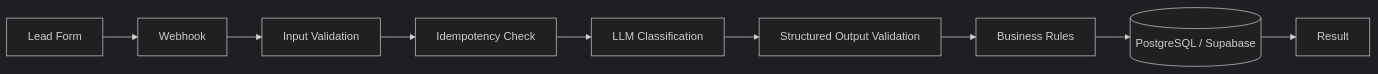
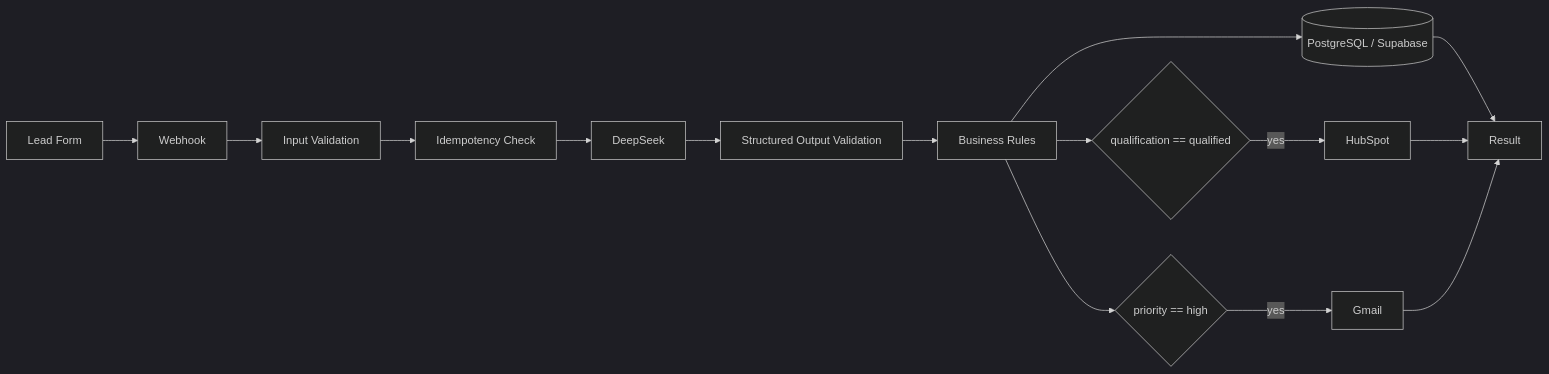
The second of 2 diagrams in README.md (paulohenrique-dev-br/ai-lead-qualification-automation), drawn with Mermaid (dark theme) before and after one commit. The commit also changed other lines of this file and 11 other files, not shown here.

````diff
--- a/README.md
+++ b/README.md
@@ -43,11 +49,17 @@
 ```mermaid
 flowchart LR
     Form[Lead Form] --> Webhook[Webhook]
     Webhook --> Validate[Input Validation]
     Validate --> Duplicate[Idempotency Check]
-    Duplicate --> LLM[LLM Classification]
+    Duplicate --> LLM[DeepSeek]
     LLM --> Schema[Structured Output Validation]
     Schema --> Rules[Business Rules]
     Rules --> DB[(PostgreSQL / Supabase)]
+    Rules --> Qualified{qualification == qualified}
+    Qualified -- yes --> CRM[HubSpot]
+    Rules --> High{priority == high}
+    High -- yes --> Mail[Gmail]
     DB --> Result[Result]
+    CRM --> Result
+    Mail --> Result
 ```
````
